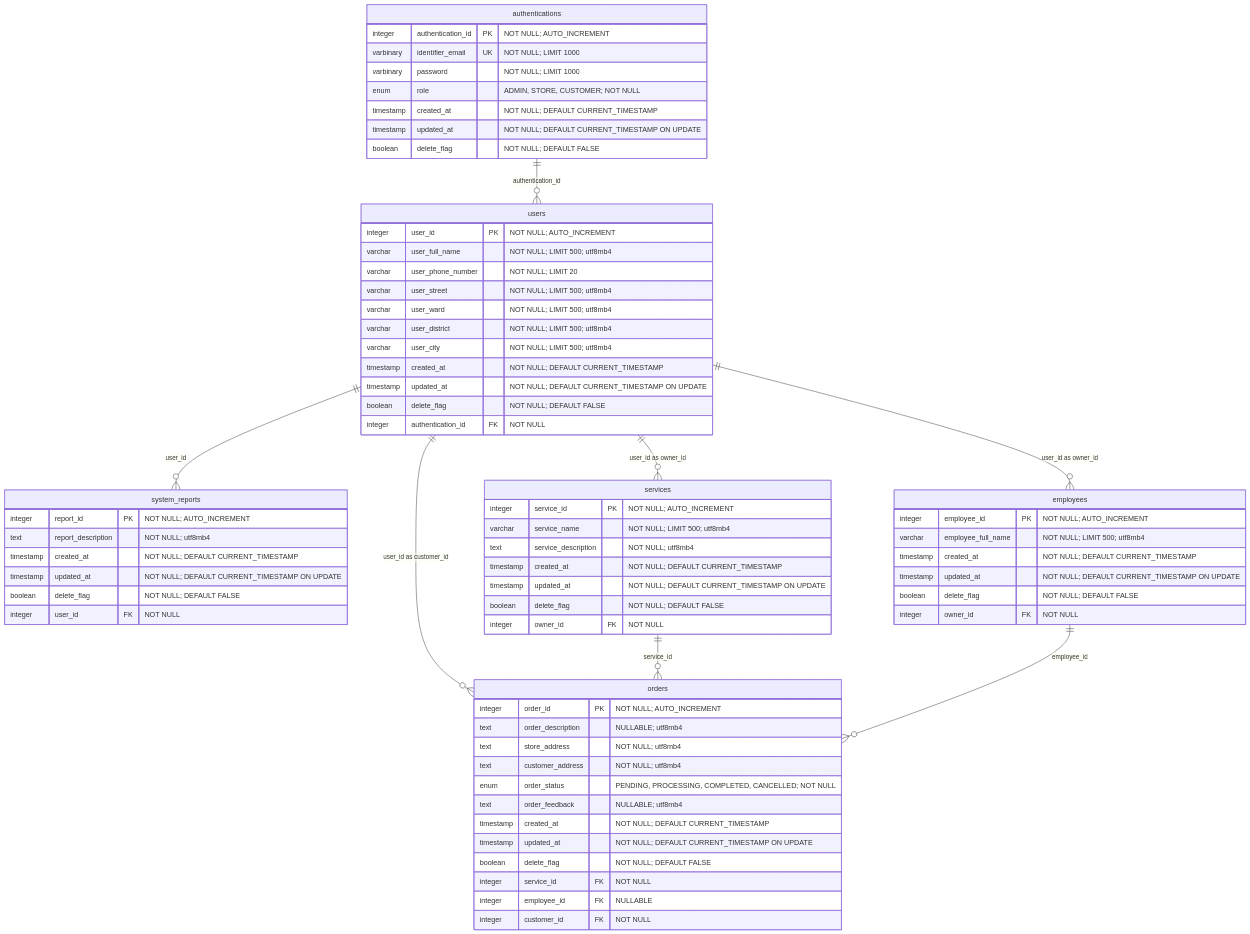
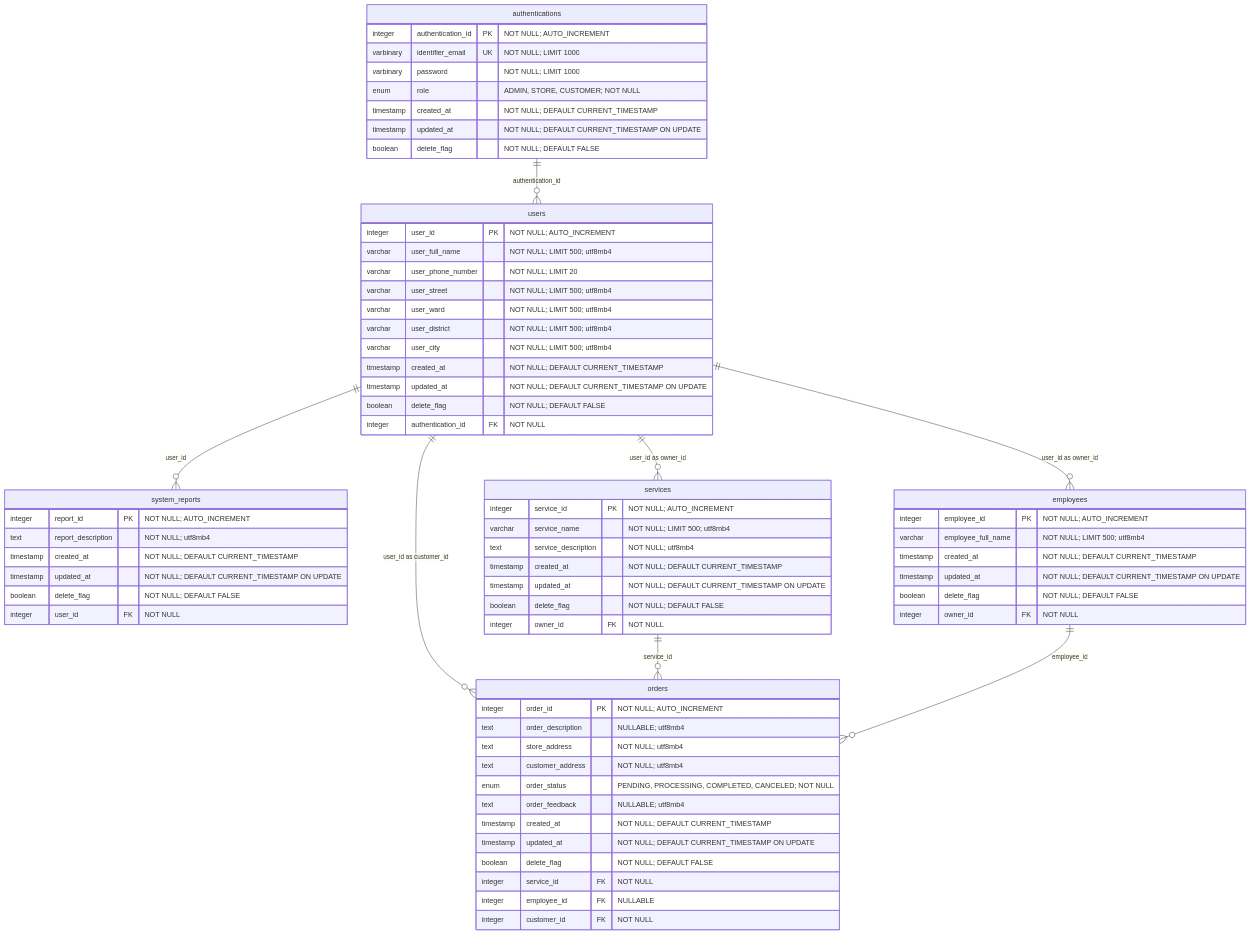
Before and after one commit to qthiendev/Repair-Dash-System-BE: the diagram in src/docs/Database-v1.md, drawn with Mermaid. The commit also changed 25 other files, not shown here.

````diff
--- a/src/docs/Database-v1.md
+++ b/src/docs/Database-v1.md
@@ -5,77 +5,77 @@
 ```mermaid
 erDiagram
     authentications ||--o{ users : "authentication_id"
     users ||--o{ system_reports : "user_id"
     users ||--o{ employees : "user_id as owner_id"
     users ||--o{ services : "user_id as owner_id"
     users ||--o{ orders : "user_id as customer_id"
     services ||--o{ orders : "service_id"
     employees ||--o{ orders : "employee_id"
 
     authentications {
         integer authentication_id PK "NOT NULL; AUTO_INCREMENT"
         varbinary identifier_email UK "NOT NULL; LIMIT 1000"
         varbinary password "NOT NULL; LIMIT 1000"
         enum role "ADMIN, STORE, CUSTOMER; NOT NULL"
         timestamp created_at "NOT NULL; DEFAULT CURRENT_TIMESTAMP"
         timestamp updated_at "NOT NULL; DEFAULT CURRENT_TIMESTAMP ON UPDATE"
         boolean delete_flag "NOT NULL; DEFAULT FALSE"
     }
 
     users {
         integer user_id PK "NOT NULL; AUTO_INCREMENT"
         varchar user_full_name "NOT NULL; LIMIT 500; utf8mb4"
         varchar user_phone_number "NOT NULL; LIMIT 20"
         varchar user_street "NOT NULL; LIMIT 500; utf8mb4"
         varchar user_ward "NOT NULL; LIMIT 500; utf8mb4"
         varchar user_district "NOT NULL; LIMIT 500; utf8mb4"
         varchar user_city "NOT NULL; LIMIT 500; utf8mb4"
         timestamp created_at "NOT NULL; DEFAULT CURRENT_TIMESTAMP"
         timestamp updated_at "NOT NULL; DEFAULT CURRENT_TIMESTAMP ON UPDATE"
         boolean delete_flag "NOT NULL; DEFAULT FALSE"
         integer authentication_id FK "NOT NULL"
     }
 
     system_reports {
         integer report_id PK "NOT NULL; AUTO_INCREMENT"
         text report_description "NOT NULL; utf8mb4"
         timestamp created_at "NOT NULL; DEFAULT CURRENT_TIMESTAMP"
         timestamp updated_at "NOT NULL; DEFAULT CURRENT_TIMESTAMP ON UPDATE"
         boolean delete_flag "NOT NULL; DEFAULT FALSE"
         integer user_id FK "NOT NULL"
     }
 
     employees {
         integer employee_id PK "NOT NULL; AUTO_INCREMENT"
         varchar employee_full_name "NOT NULL; LIMIT 500; utf8mb4"
         timestamp created_at "NOT NULL; DEFAULT CURRENT_TIMESTAMP"
         timestamp updated_at "NOT NULL; DEFAULT CURRENT_TIMESTAMP ON UPDATE"
         boolean delete_flag "NOT NULL; DEFAULT FALSE"
         integer owner_id FK "NOT NULL"
     }
 
     services {
         integer service_id PK "NOT NULL; AUTO_INCREMENT"
         varchar service_name "NOT NULL; LIMIT 500; utf8mb4"
         text service_description "NOT NULL; utf8mb4"
         timestamp created_at "NOT NULL; DEFAULT CURRENT_TIMESTAMP"
         timestamp updated_at "NOT NULL; DEFAULT CURRENT_TIMESTAMP ON UPDATE"
         boolean delete_flag "NOT NULL; DEFAULT FALSE"
         integer owner_id FK "NOT NULL"
     }
 
     orders {
         integer order_id PK "NOT NULL; AUTO_INCREMENT"
         text order_description "NULLABLE; utf8mb4"
         text store_address "NOT NULL; utf8mb4"
         text customer_address "NOT NULL; utf8mb4"
-        enum order_status "PENDING, PROCESSING, COMPLETED, CANCELLED; NOT NULL"
+        enum order_status "PENDING, PROCESSING, COMPLETED, CANCELED; NOT NULL"
         text order_feedback "NULLABLE; utf8mb4"
         timestamp created_at "NOT NULL; DEFAULT CURRENT_TIMESTAMP"
         timestamp updated_at "NOT NULL; DEFAULT CURRENT_TIMESTAMP ON UPDATE"
         boolean delete_flag "NOT NULL; DEFAULT FALSE"
         integer service_id FK "NOT NULL"
         integer employee_id FK "NULLABLE"
         integer customer_id FK "NOT NULL"
     }
 ```
````
